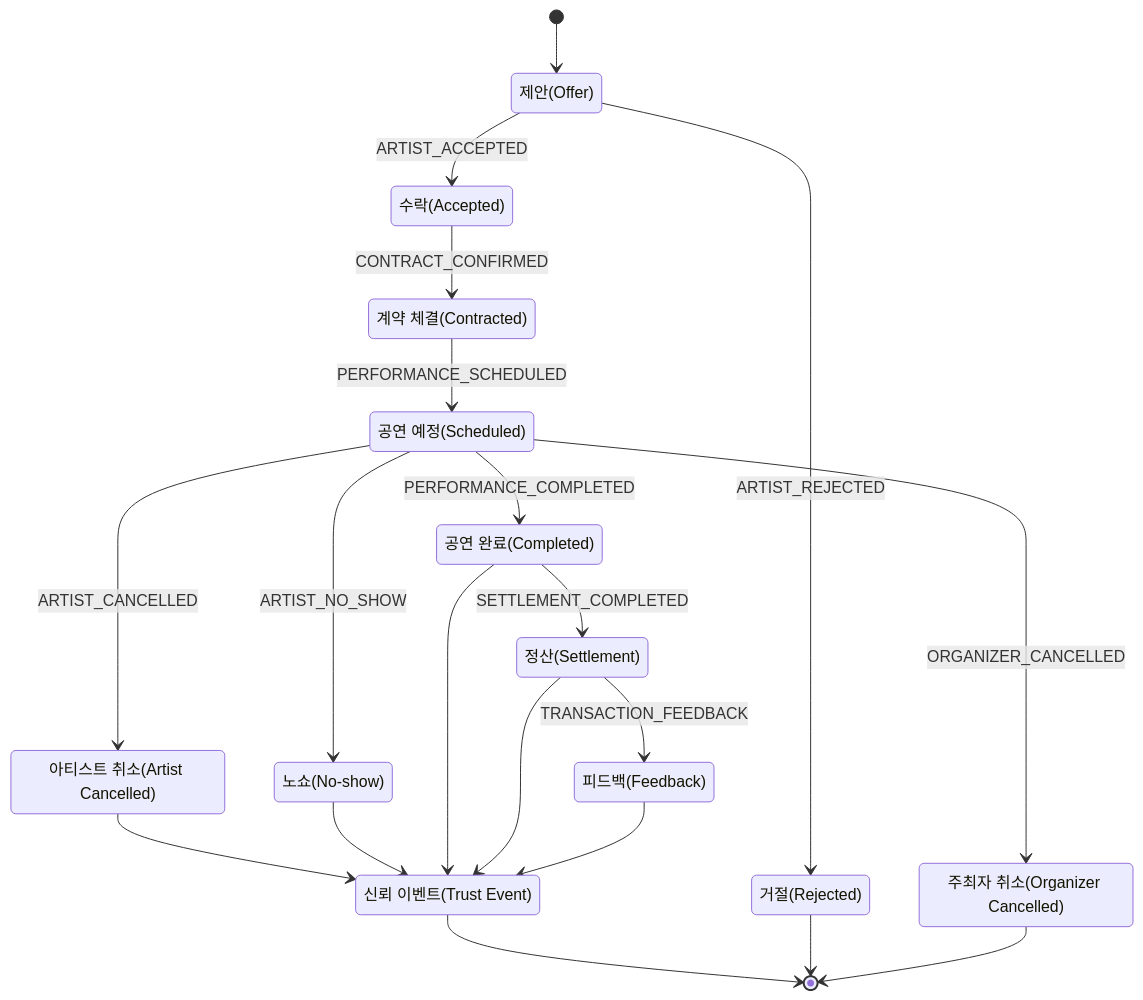
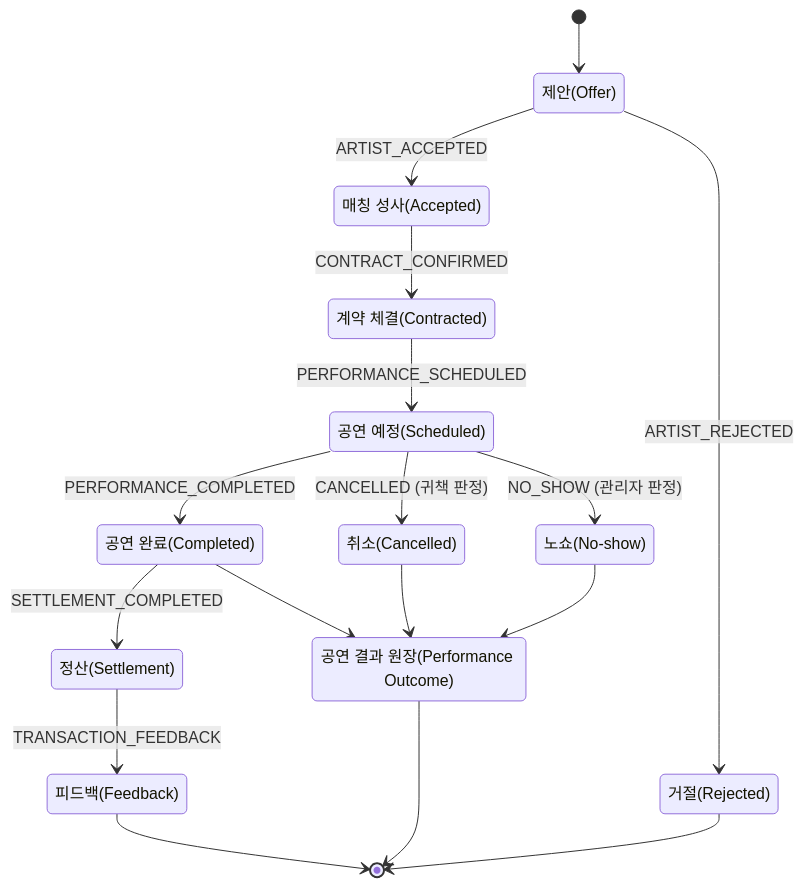
One commit to nsuCapstoneTeam/NSU_CAPSTONE changed the fifth of 10 diagrams in docs/adr/artist_trust_architecture/01_artist_trust_architecture.md. Above: the diagram before and after it, drawn with Mermaid. The commit also changed other lines of this file and 13 other files, not shown here.

````diff
--- a/docs/adr/artist_trust_architecture/01_artist_trust_architecture.md
+++ b/docs/adr/artist_trust_architecture/01_artist_trust_architecture.md
@@ -360,43 +386,38 @@
 ```mermaid
 stateDiagram-v2
 
     [*] --> Offer
 
     state "제안(Offer)" as Offer
-    state "수락(Accepted)" as Accepted
+    state "매칭 성사(Accepted)" as Accepted
     state "거절(Rejected)" as Rejected
     state "계약 체결(Contracted)" as Contracted
     state "공연 예정(Scheduled)" as Scheduled
     state "공연 완료(Completed)" as Completed
-    state "아티스트 취소(Artist Cancelled)" as ArtistCancelled
-    state "주최자 취소(Organizer Cancelled)" as OrganizerCancelled
+    state "취소(Cancelled)" as Cancelled
     state "노쇼(No-show)" as NoShow
     state "정산(Settlement)" as Settlement
     state "피드백(Feedback)" as Feedback
-    state "신뢰 이벤트(Trust Event)" as TrustEvent
+    state "공연 결과 원장(Performance Outcome)" as Outcome
 
     Offer --> Accepted: ARTIST_ACCEPTED
     Offer --> Rejected: ARTIST_REJECTED
 
     Accepted --> Contracted: CONTRACT_CONFIRMED
     Contracted --> Scheduled: PERFORMANCE_SCHEDULED
 
     Scheduled --> Completed: PERFORMANCE_COMPLETED
-    Scheduled --> ArtistCancelled: ARTIST_CANCELLED
-    Scheduled --> OrganizerCancelled: ORGANIZER_CANCELLED
-    Scheduled --> NoShow: ARTIST_NO_SHOW
+    Scheduled --> Cancelled: CANCELLED (귀책 판정)
+    Scheduled --> NoShow: NO_SHOW (관리자 판정)
 
     Completed --> Settlement: SETTLEMENT_COMPLETED
     Settlement --> Feedback: TRANSACTION_FEEDBACK
 
-    ArtistCancelled --> TrustEvent
-    NoShow --> TrustEvent
-    Completed --> TrustEvent
-    Settlement --> TrustEvent
-    Feedback --> TrustEvent
+    Completed --> Outcome
+    Cancelled --> Outcome
+    NoShow --> Outcome
 
-    TrustEvent --> [*]
-
+    Outcome --> [*]
+    Feedback --> [*]
     Rejected --> [*]
-    OrganizerCancelled --> [*]
 ```
````
